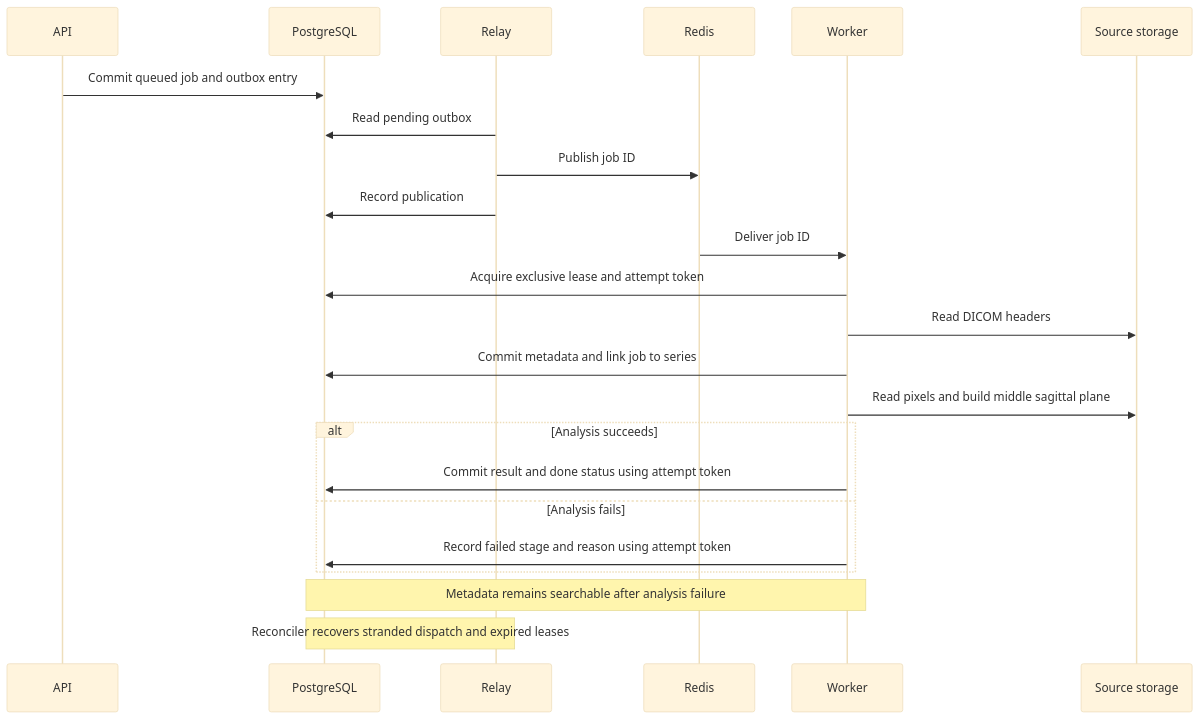
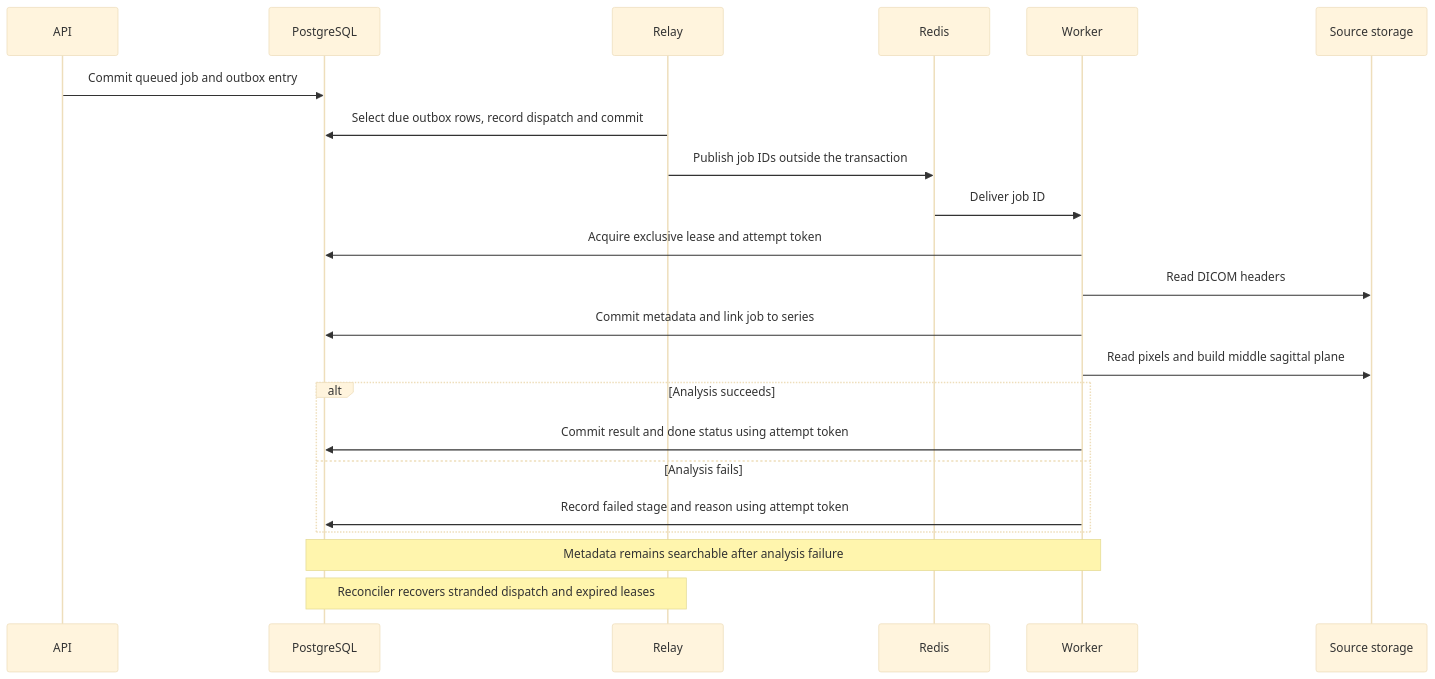
The second of 2 diagrams in docs/design.md (GilElbaz-Code/ct-dicom-viewer), drawn with Mermaid (base theme) before and after one commit. The commit also changed other lines of this file and 27 other files, not shown here.

````diff
--- a/docs/design.md
+++ b/docs/design.md
@@ -79,25 +81,24 @@
 ```mermaid
 sequenceDiagram
     participant API
     participant DB as PostgreSQL
     participant R as Relay
     participant Q as Redis
     participant W as Worker
     participant S as Source storage
     API->>DB: Commit queued job and outbox entry
-    R->>DB: Read pending outbox
-    R->>Q: Publish job ID
-    R->>DB: Record publication
+    R->>DB: Select due outbox rows, record dispatch and commit
+    R->>Q: Publish job IDs outside the transaction
     Q->>W: Deliver job ID
     W->>DB: Acquire exclusive lease and attempt token
     W->>S: Read DICOM headers
     W->>DB: Commit metadata and link job to series
     W->>S: Read pixels and build middle sagittal plane
     alt Analysis succeeds
         W->>DB: Commit result and done status using attempt token
     else Analysis fails
         W->>DB: Record failed stage and reason using attempt token
     end
     Note over W,DB: Metadata remains searchable after analysis failure
     Note over R,DB: Reconciler recovers stranded dispatch and expired leases
 ```
````
